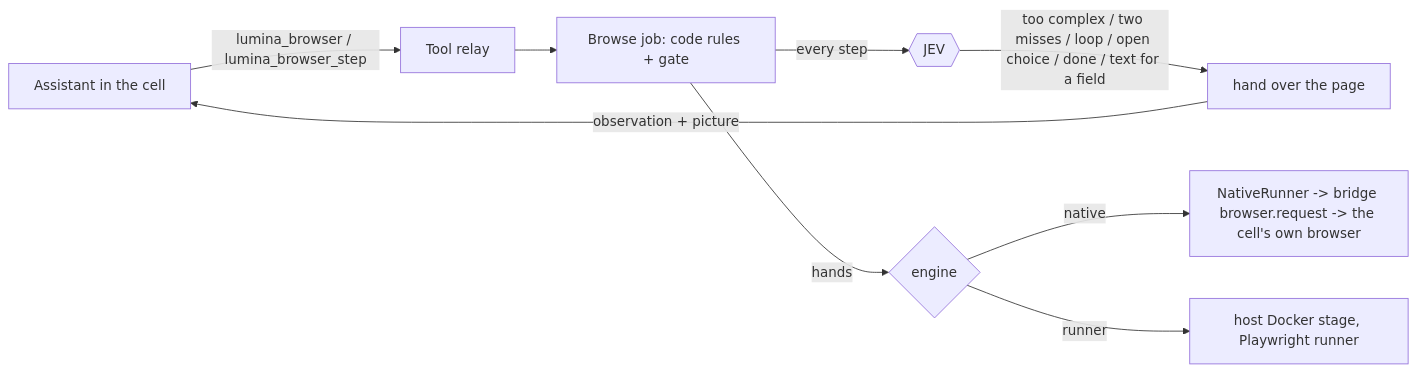
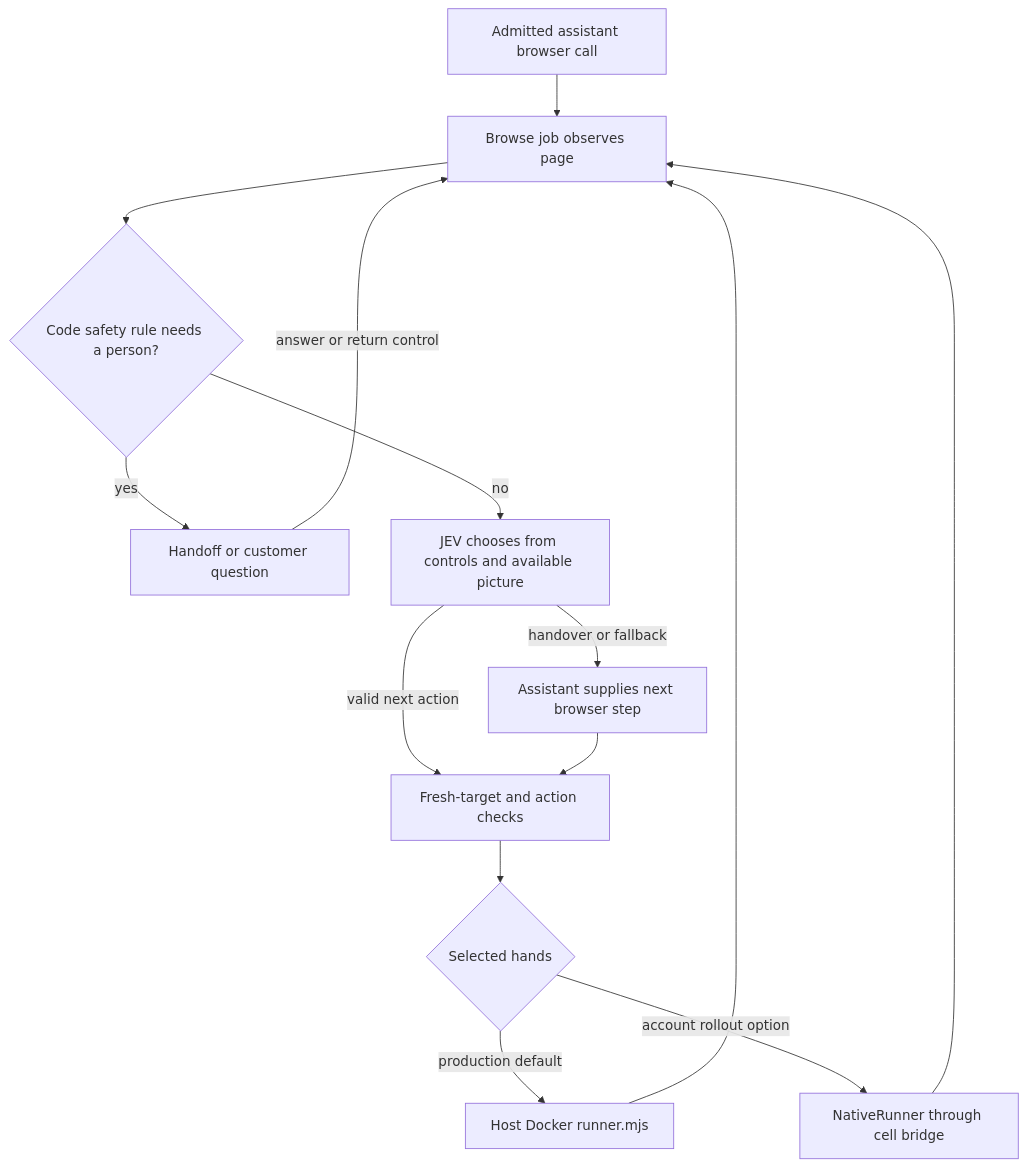
Before and after one commit to Parsarf/AgentAI: the third of 3 diagrams in openclaw-project/docs/architecture/native-execution.md, drawn with Mermaid. The commit also changed other lines of this file and 33 other files, not shown here.

Commit message:
Rebuild current architecture reports and diagrams; retire superseded audits (AG-016, GH-017)

````diff
--- a/openclaw-project/docs/architecture/native-execution.md
+++ b/openclaw-project/docs/architecture/native-execution.md
@@ -73,11 +105,16 @@
 ```mermaid
-flowchart LR
-  A[Assistant in the cell] -- lumina_browser / lumina_browser_step --> R[Tool relay]
-  R --> J[Browse job: code rules + gate]
-  J -- every step --> D{{JEV}}
-  D -- too complex / two misses / loop / open choice / done / text for a field --> H[hand over the page]
-  H -- observation + picture --> A
-  J -- hands --> E{engine}
-  E -- native --> N[NativeRunner -> bridge browser.request -> the cell's own browser]
-  E -- runner --> S[host Docker stage, Playwright runner]
+flowchart TB
+  CALL[Admitted assistant browser call] --> JOB[Browse job observes page]
+  JOB --> STOP{Code safety rule needs a person?}
+  STOP -->|yes| PERSON[Handoff or customer question]
+  STOP -->|no| JEV[JEV chooses from controls and available picture]
+  JEV -->|valid next action| GATE[Fresh-target and action checks]
+  JEV -->|handover or fallback| ASSIST[Assistant supplies next browser step]
+  ASSIST --> GATE
+  GATE --> ENGINE{Selected hands}
+  ENGINE -->|production default| RUNNER[Host Docker runner.mjs]
+  ENGINE -->|account rollout option| NATIVE[NativeRunner through cell bridge]
+  RUNNER --> JOB
+  NATIVE --> JOB
+  PERSON -->|answer or return control| JOB
 ```
````
